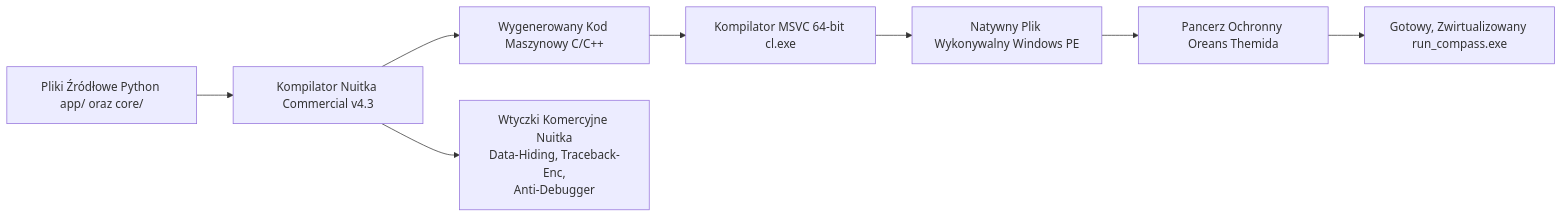
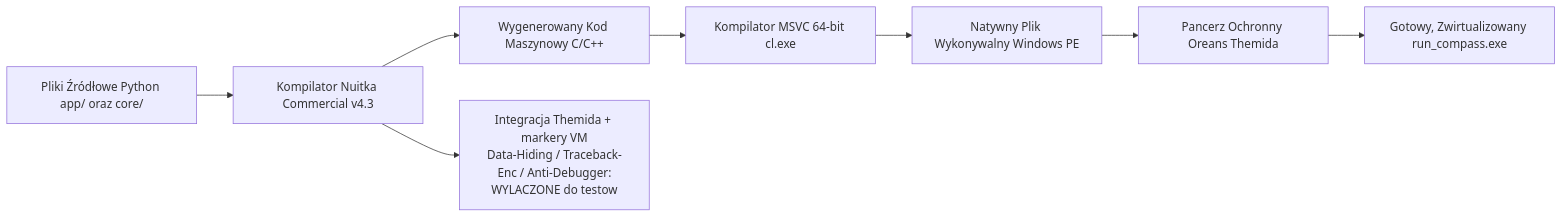
Before and after one commit to michalkkkd/keyadmin: the third of 4 diagrams in docs/security/compass_security_mechanisms.md, drawn with Mermaid. The commit also changed other lines of this file and 4 other files, not shown here.

````diff
--- a/docs/security/compass_security_mechanisms.md
+++ b/docs/security/compass_security_mechanisms.md
@@ -412,10 +412,10 @@
 ```mermaid
 flowchart LR
     PY[Pliki Źródłowe Python app/ oraz core/] --> NUITKA[Kompilator Nuitka Commercial v4.3]
     NUITKA --> CCODE[Wygenerowany Kod Maszynowy C/C++]
-    NUITKA --> NP[Wtyczki Komercyjne Nuitka\nData-Hiding, Traceback-Enc,\nAnti-Debugger]
+    NUITKA --> NP[Integracja Themida + markery VM\nData-Hiding / Traceback-Enc / Anti-Debugger:\nWYLACZONE do testow]
     CCODE --> MSVC[Kompilator MSVC 64-bit cl.exe]
     MSVC --> PE[Natywny Plik Wykonywalny Windows PE]
     PE --> THEMIDA[Pancerz Ochronny Oreans Themida]
     THEMIDA --> FINAL[Gotowy, Zwirtualizowany run_compass.exe]
 ```
````
